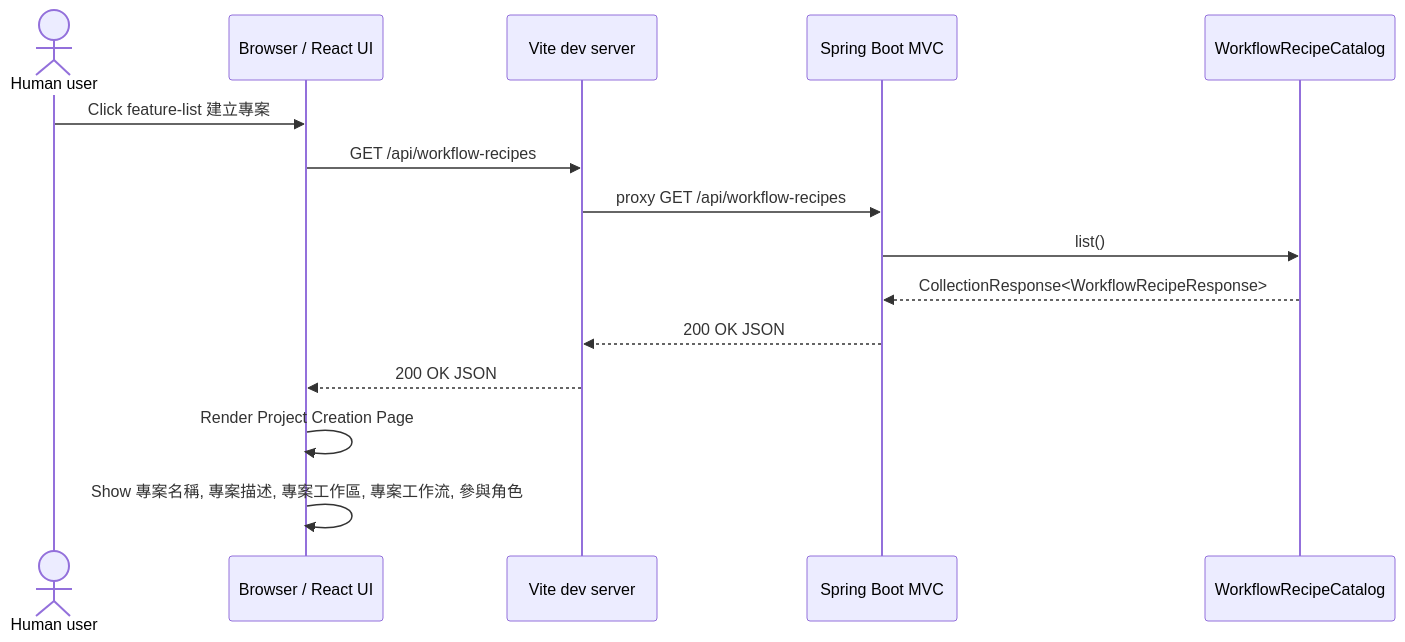
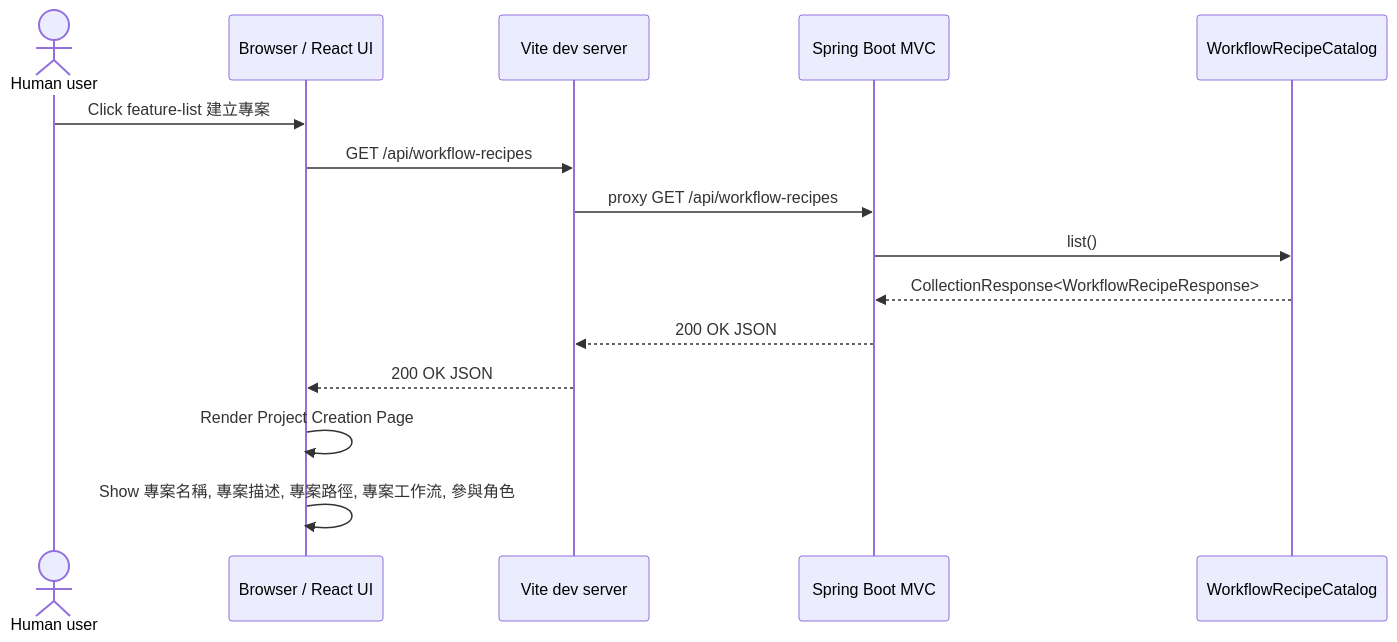
Before and after one commit to samzhu/grimoAPP: the third of 5 diagrams in docs/grimo/architecture.md, drawn with Mermaid. The commit also changed other lines of this file and 6 other files, not shown here.

````diff
--- a/docs/grimo/architecture.md
+++ b/docs/grimo/architecture.md
@@ -82,18 +83,18 @@
 ```mermaid
 sequenceDiagram
   actor User as Human user
   participant Browser as Browser / React UI
   participant Vite as Vite dev server
   participant API as Spring Boot MVC
   participant Catalog as WorkflowRecipeCatalog
 
   User->>Browser: Click feature-list 建立專案
   Browser->>Vite: GET /api/workflow-recipes
   Vite->>API: proxy GET /api/workflow-recipes
   API->>Catalog: list()
   Catalog-->>API: CollectionResponse<WorkflowRecipeResponse>
   API-->>Vite: 200 OK JSON
   Vite-->>Browser: 200 OK JSON
   Browser->>Browser: Render Project Creation Page
-  Browser->>Browser: Show 專案名稱, 專案描述, 專案工作區, 專案工作流, 參與角色
+  Browser->>Browser: Show 專案名稱, 專案描述, 專案路徑, 專案工作流, 參與角色
 ```
````
